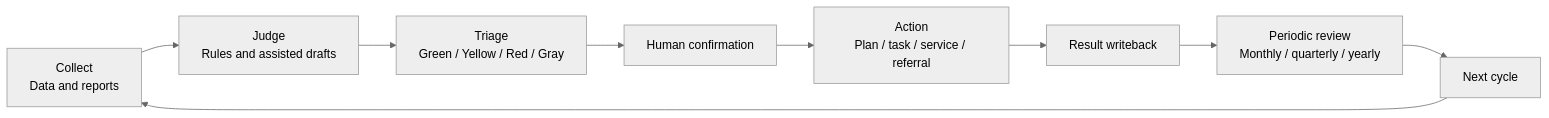
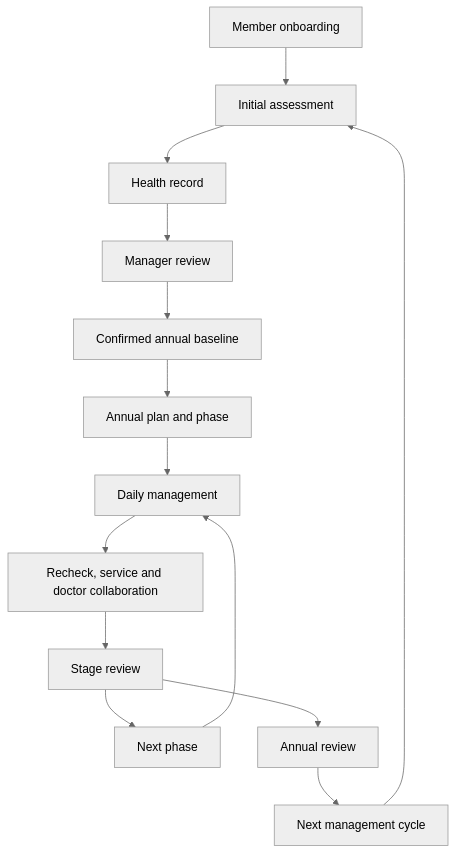
One commit to KaedeharaT/executive-healthops changed the first of 3 diagrams in README.md. Above: the diagram before and after it, drawn with Mermaid (neutral theme). The commit also changed other lines of this file and 10 other files, not shown here.

````diff
--- a/README.md
+++ b/README.md
@@ -24,11 +45,16 @@
 ```mermaid
-flowchart LR
-    A[Collect<br/>Data and reports] --> B[Judge<br/>Rules and assisted drafts]
-    B --> C[Triage<br/>Green / Yellow / Red / Gray]
-    C --> D[Human confirmation]
-    D --> E[Action<br/>Plan / task / service / referral]
-    E --> F[Result writeback]
-    F --> G[Periodic review<br/>Monthly / quarterly / yearly]
-    G --> H[Next cycle]
-    H --> A
+flowchart TD
+    A[Member onboarding] --> B[Initial assessment]
+    B --> C[Health record]
+    C --> D[Manager review]
+    D --> E[Confirmed annual baseline]
+    E --> F[Annual plan and phase]
+    F --> G[Daily management]
+    G --> H[Recheck, service and doctor collaboration]
+    H --> I[Stage review]
+    I --> J[Next phase]
+    J --> G
+    I --> K[Annual review]
+    K --> L[Next management cycle]
+    L --> B
 ```
````
